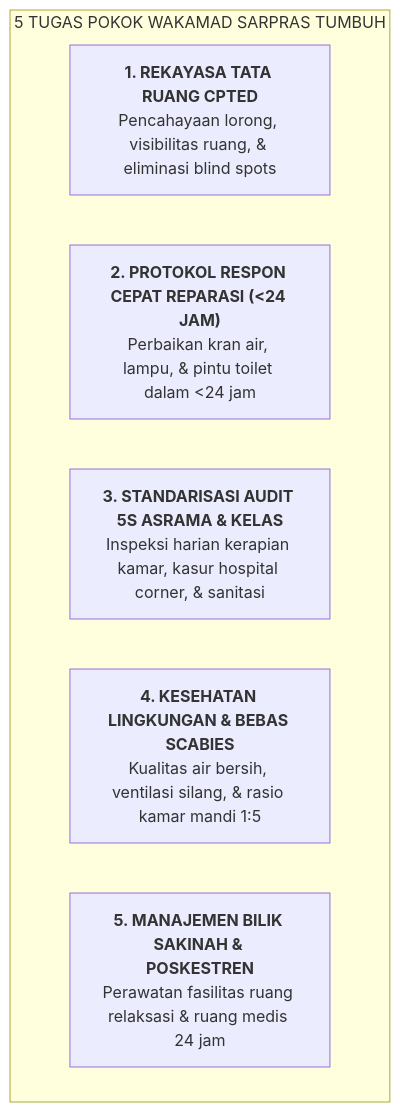
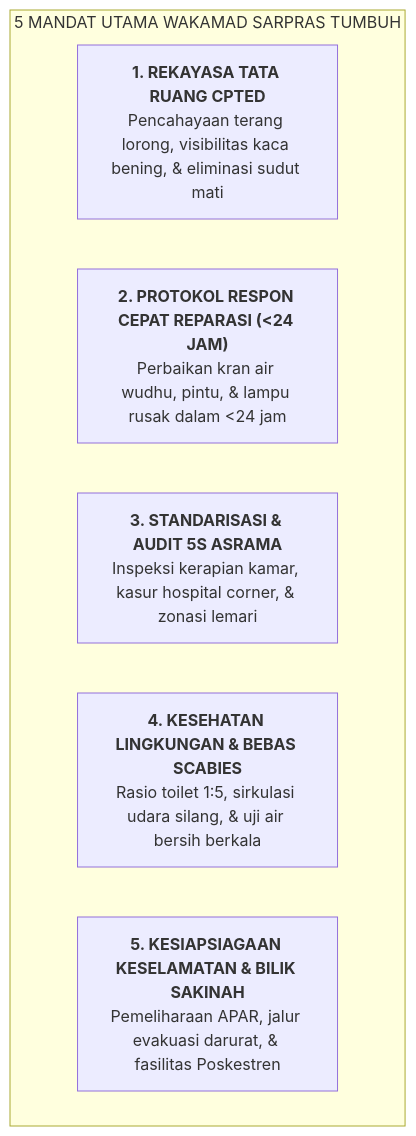
One commit to wandiapriliyandi/tumbuh changed the diagram in BOOK Series 2/Volume-05-Manual-Operasional-SOP-24Jam-dan-Tata-Kelola/Bab-04-Integrasi-4-Pilar-Wakamad/04-Tupoksi-Wakamad-Sarpras.md. Above: the diagram before and after it, drawn with Mermaid. The commit also changed other lines of this file and 61 other files, not shown here.

````diff
--- a/BOOK Series 2/Volume-05-Manual-Operasional-SOP-24Jam-dan-Tata-Kelola/Bab-04-Integrasi-4-Pilar-Wakamad/04-Tupoksi-Wakamad-Sarpras.md
+++ b/BOOK Series 2/Volume-05-Manual-Operasional-SOP-24Jam-dan-Tata-Kelola/Bab-04-Integrasi-4-Pilar-Wakamad/04-Tupoksi-Wakamad-Sarpras.md
@@ -9,10 +13,10 @@
 ```mermaid
 flowchart TD
-    subgraph MandatSarpras["5 TUGAS POKOK WAKAMAD SARPRAS TUMBUH"]
-        P1["<b>1. REKAYASA TATA RUANG CPTED</b><br/>Pencahayaan lorong, visibilitas ruang, & eliminasi blind spots"]
-        P2["<b>2. PROTOKOL RESPON CEPAT REPARASI (<24 JAM)</b><br/>Perbaikan kran air, lampu, & pintu toilet dalam <24 jam"]
-        P3["<b>3. STANDARISASI AUDIT 5S ASRAMA & KELAS</b><br/>Inspeksi harian kerapian kamar, kasur hospital corner, & sanitasi"]
-        P4["<b>4. KESEHATAN LINGKUNGAN & BEBAS SCABIES</b><br/>Kualitas air bersih, ventilasi silang, & rasio kamar mandi 1:5"]
-        P5["<b>5. MANAJEMEN BILIK SAKINAH & POSKESTREN</b><br/>Perawatan fasilitas ruang relaksasi & ruang medis 24 jam"]
+    subgraph MandatSarpras["5 MANDAT UTAMA WAKAMAD SARPRAS TUMBUH"]
+        P1["<b>1. REKAYASA TATA RUANG CPTED</b><br/>Pencahayaan terang lorong, visibilitas kaca bening, & eliminasi sudut mati"]
+        P2["<b>2. PROTOKOL RESPON CEPAT REPARASI (<24 JAM)</b><br/>Perbaikan kran air wudhu, pintu, & lampu rusak dalam <24 jam"]
+        P3["<b>3. STANDARISASI & AUDIT 5S ASRAMA</b><br/>Inspeksi kerapian kamar, kasur hospital corner, & zonasi lemari"]
+        P4["<b>4. KESEHATAN LINGKUNGAN & BEBAS SCABIES</b><br/>Rasio toilet 1:5, sirkulasi udara silang, & uji air bersih berkala"]
+        P5["<b>5. KESIAPSIAGAAN KESELAMATAN & BILIK SAKINAH</b><br/>Pemeliharaan APAR, jalur evakuasi darurat, & fasilitas Poskestren"]
     end
 ```
````
